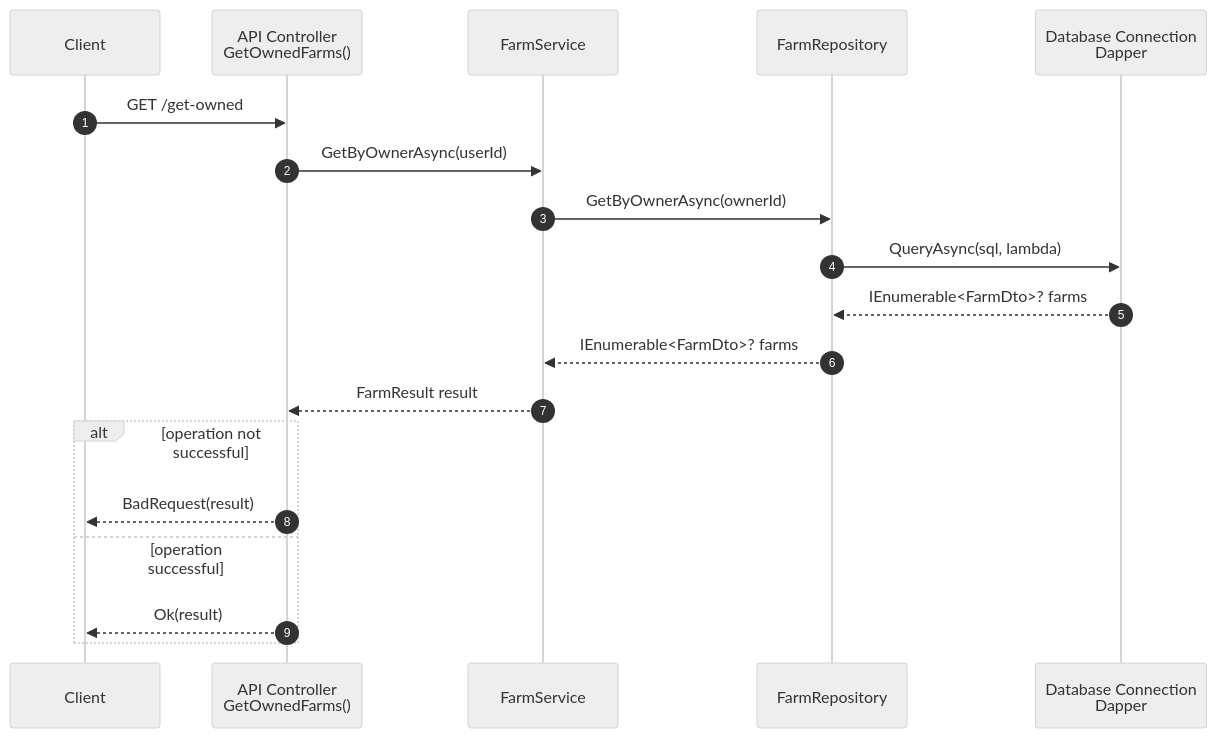
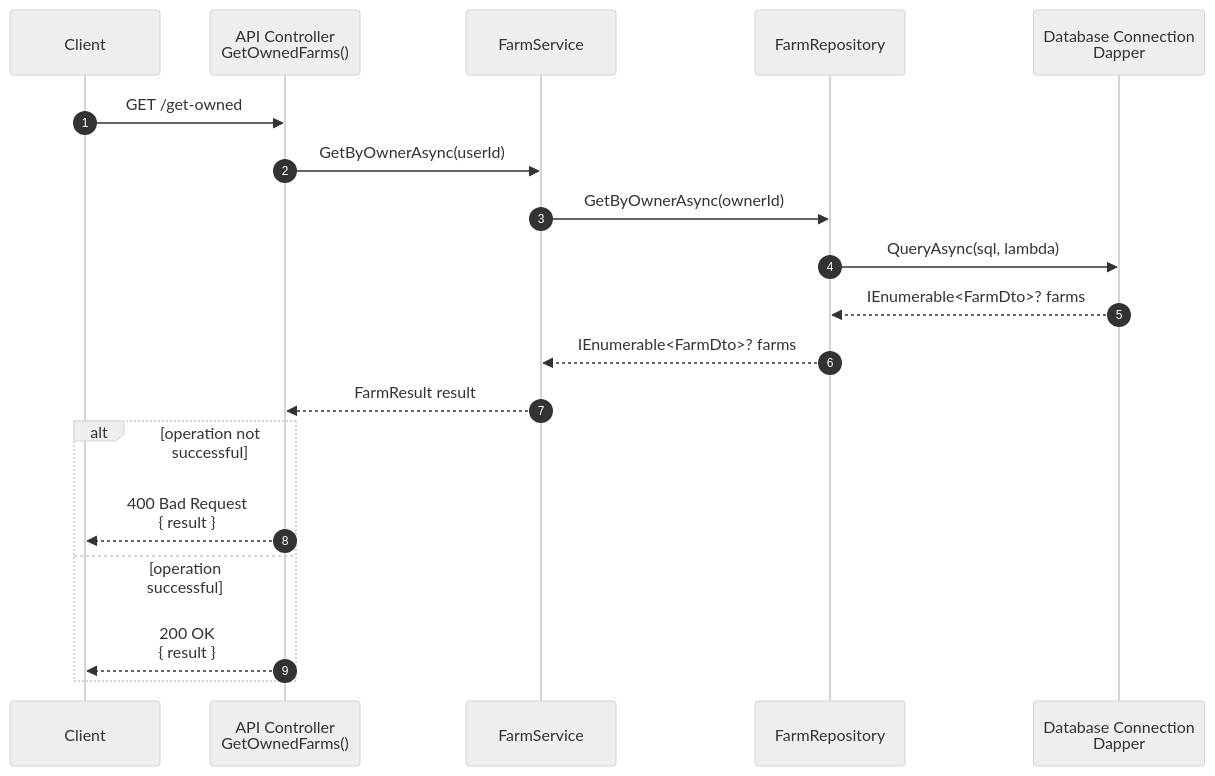
One commit to paavkar/AgricultureApp changed the fifth of 9 diagrams in README.md. Above: the diagram before and after it, drawn with Mermaid (neutral theme). The commit also changed other lines of this file, not shown here.

Commit message:
update README with more detailed diagram API->Client returns

````diff
--- a/README.md
+++ b/README.md
@@ -206,23 +206,23 @@
 ```mermaid
 sequenceDiagram
     autonumber
 
     participant U as Client
     participant API as API Controller<br/>GetOwnedFarms()
     participant FS as FarmService
     participant FR as FarmRepository
     participant Dapper as Database Connection<br/>Dapper
 
     U->>API: GET /get-owned
     API->>FS: GetByOwnerAsync(userId)
     FS->>FR: GetByOwnerAsync(ownerId)
     FR->>Dapper: QueryAsync(sql, lambda)
     Dapper-->>FR: IEnumerable<FarmDto>? farms
     FR-->>FS: IEnumerable<FarmDto>? farms
     FS-->>API: FarmResult result
     alt operation not successful
-      API-->>U: BadRequest(result)
+      API-->>U: 400 Bad Request<br/> { result }
     else operation successful
-      API-->>U: Ok(result)
+      API-->>U: 200 OK<br/> { result }
     end
 ```
````
